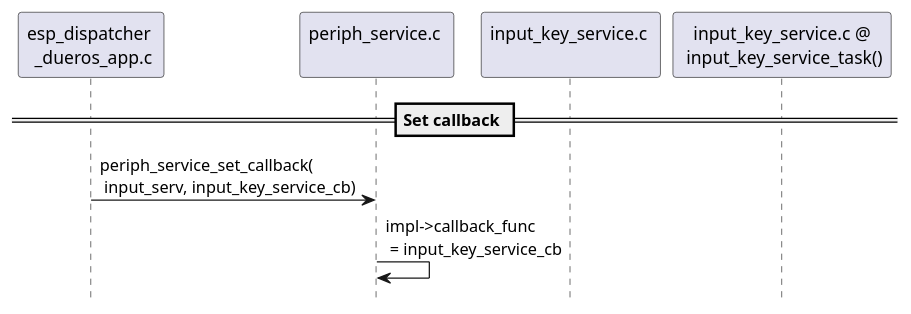
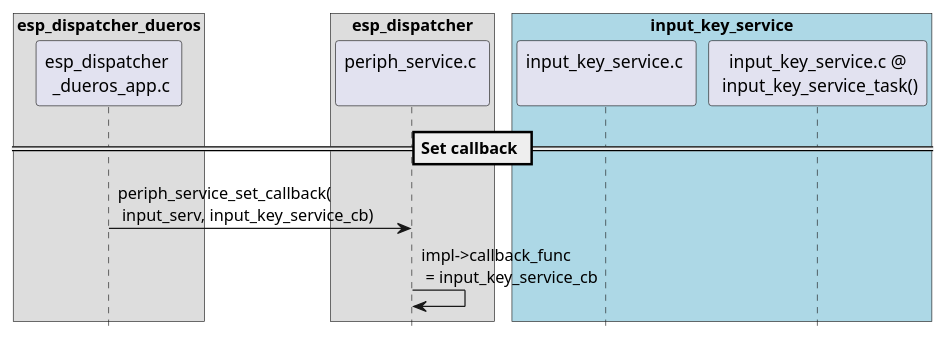
Before and after one commit to liangzhu2008/learn-esp-adf: the fourth of 9 diagrams in docs/inside-dispatcher/input_key_service.rst, drawn with PlantUML. The commit also changed other lines of this file and 14 other files, not shown here.

Commit message:
用 plantweb 替换 plantuml.jar & graphviz

```diff
--- a/docs/inside-dispatcher/input_key_service.rst
+++ b/docs/inside-dispatcher/input_key_service.rst
@@ -114,12 +138,20 @@
 .. uml::
 
     hide footbox
 
-    participant "esp_dispatcher \n _dueros_app.c" as adf_app order 10
-    participant "periph_service.c \n" as periph_service order 20
-    participant "input_key_service.c \n" as spec_service order 50
-    participant "input_key_service.c @\n input_key_service_task()" as inner_task order 60
+    box "esp_dispatcher_dueros"
+    participant "esp_dispatcher \n _dueros_app.c" as example order 10
+    end box
+
+    box "esp_dispatcher" 
+    participant "periph_service.c \n"               as periph_service order 20
+    end box
+
+    box "input_key_service" #LightBlue
+    participant "input_key_service.c \n"                as input_service order 50
+    participant "input_key_service.c @\n input_key_service_task()" as input_task order 60
+    end box
 
     == Set callback ==
-    adf_app        -> periph_service : periph_service_set_callback( \n input_serv, input_key_service_cb)
+    example        -> periph_service : periph_service_set_callback( \n input_serv, input_key_service_cb)
     periph_service -> periph_service : impl->callback_func \n = input_key_service_cb
```
